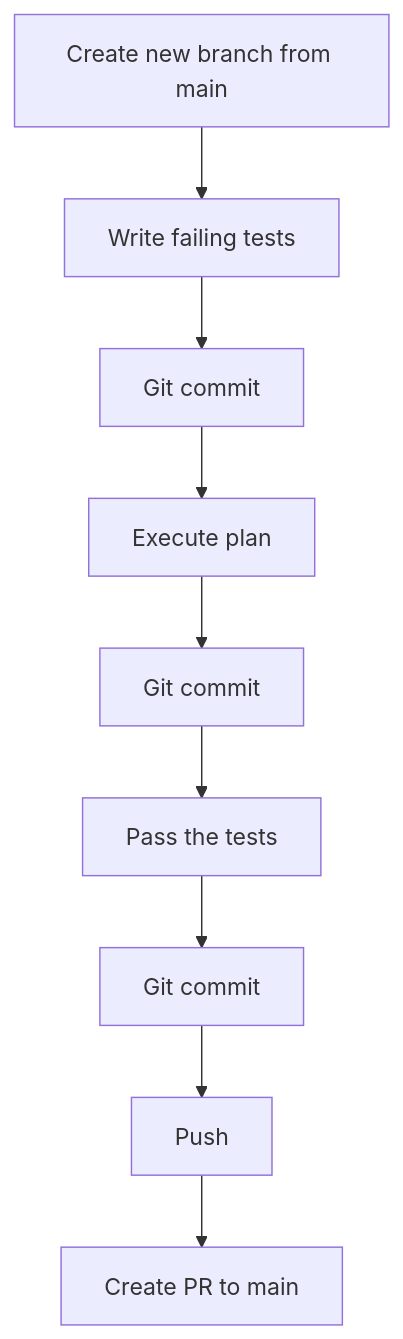
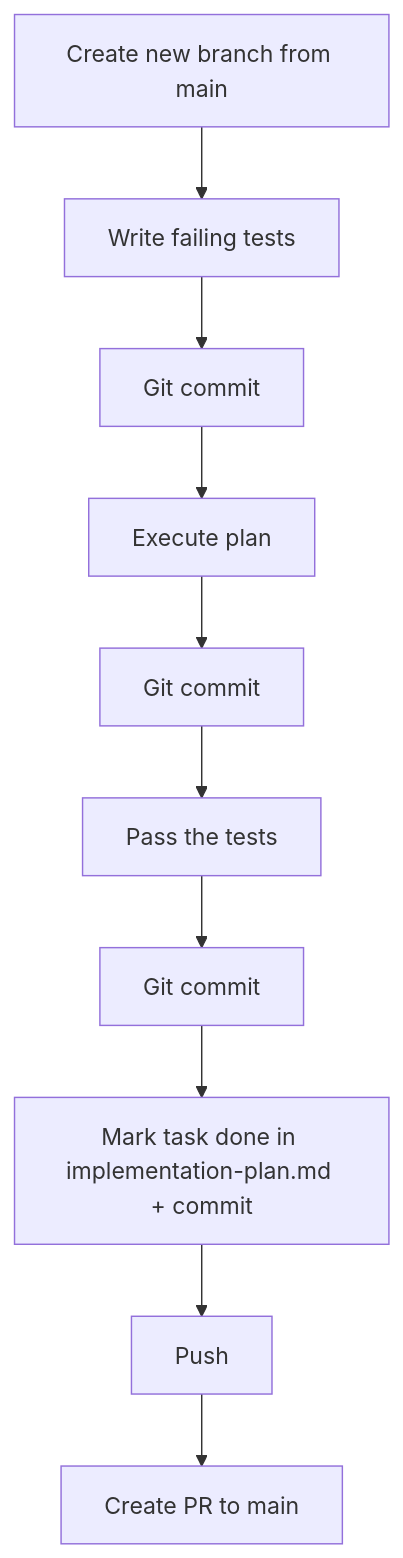
The first of 3 diagrams in CLAUDE.md (doccerz/iam-microservice), drawn with Mermaid before and after one commit. The commit also changed other lines of this file, not shown here.

Commit message:
docs: add task status update as mandatory workflow step

````diff
--- a/CLAUDE.md
+++ b/CLAUDE.md
@@ -107,11 +108,12 @@
 ```mermaid
 graph TD
     Z[Create new branch from main] --> A[Write failing tests]
     A --> B[Git commit]
     B --> C[Execute plan]
     C --> D[Git commit]
     D --> E[Pass the tests]
     E --> F[Git commit]
-    F --> G[Push]
-    G --> H[Create PR to main]
+    F --> G[Mark task done in implementation-plan.md + commit]
+    G --> H[Push]
+    H --> I[Create PR to main]
 ```
````
